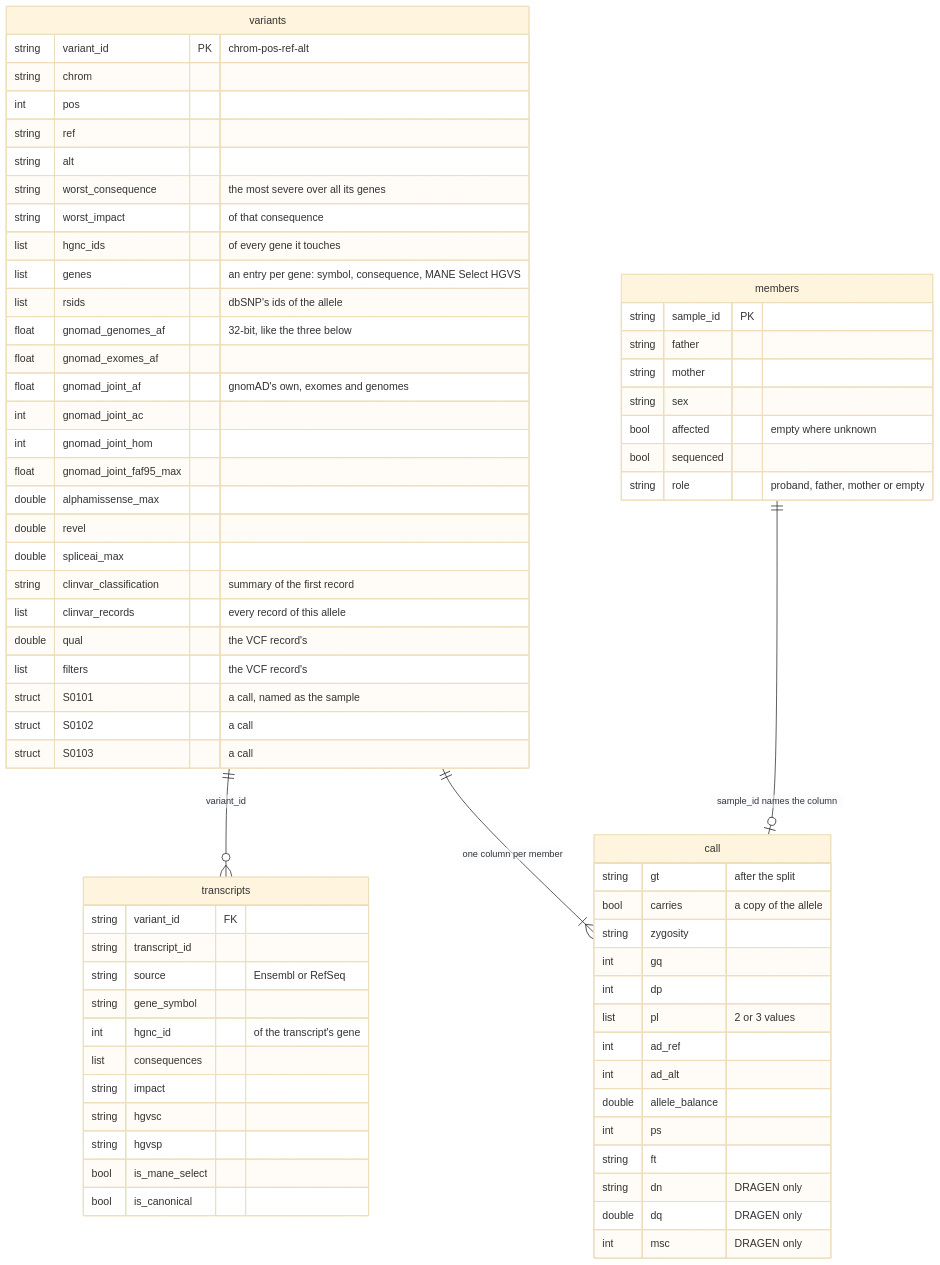
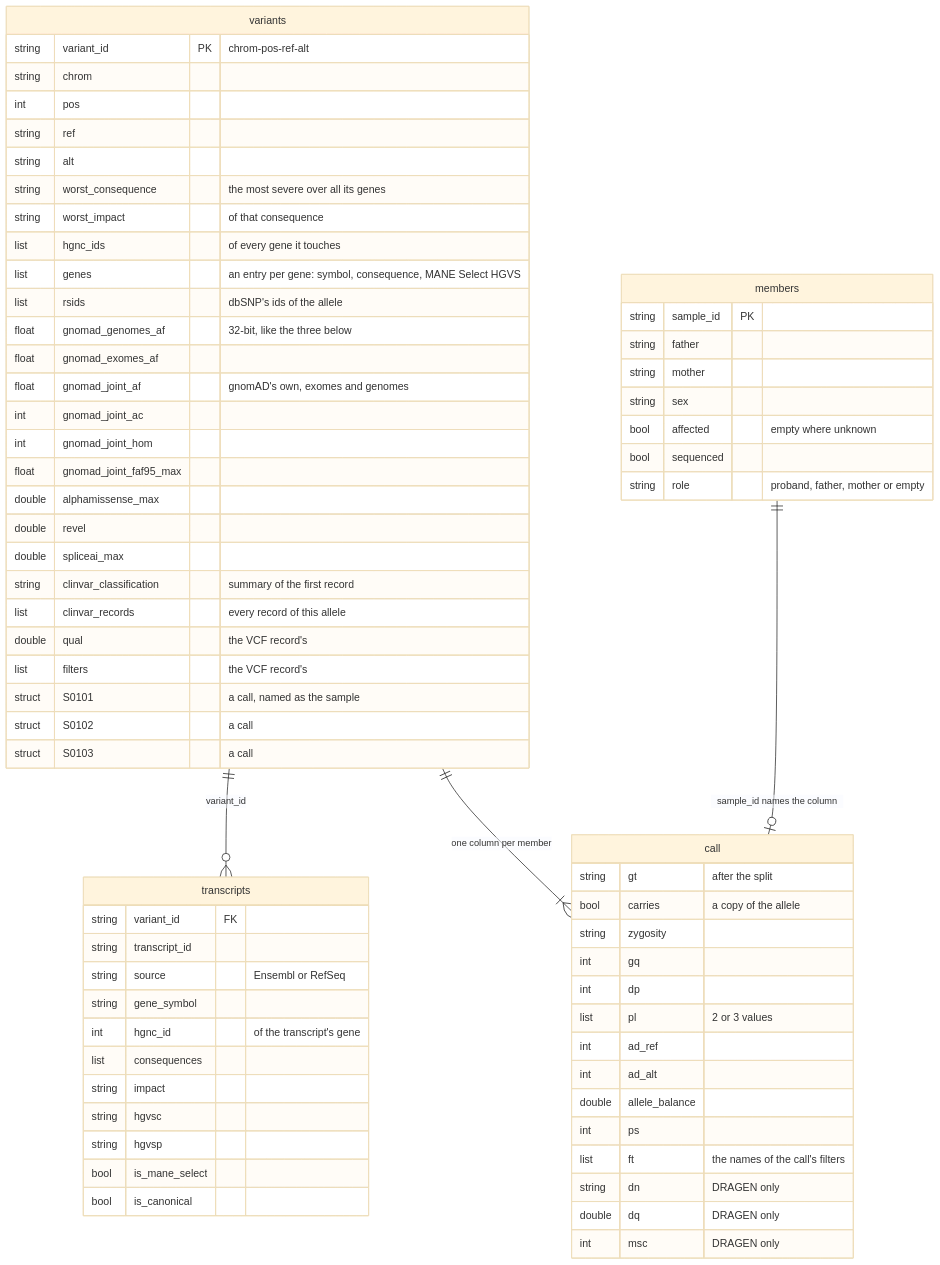
One commit to populationgenomics/case-annotation-pipeline changed the second of 4 diagrams in docs/family-tables.md. Above: the diagram before and after it, drawn with Mermaid (base theme). The commit also changed other lines of this file and 10 other files, not shown here.

````diff
--- a/docs/family-tables.md
+++ b/docs/family-tables.md
@@ -89,72 +89,72 @@
 ```mermaid
 erDiagram
     variants ||--o{ transcripts : "variant_id"
     variants ||--|{ call : "one column per member"
     members ||--o| call : "sample_id names the column"
     variants {
         string variant_id PK "chrom-pos-ref-alt"
         string chrom
         int pos
         string ref
         string alt
         string worst_consequence "the most severe over all its genes"
         string worst_impact "of that consequence"
         list hgnc_ids "of every gene it touches"
         list genes "an entry per gene: symbol, consequence, MANE Select HGVS"
         list rsids "dbSNP's ids of the allele"
         float gnomad_genomes_af "32-bit, like the three below"
         float gnomad_exomes_af
         float gnomad_joint_af "gnomAD's own, exomes and genomes"
         int gnomad_joint_ac
         int gnomad_joint_hom
         float gnomad_joint_faf95_max
         double alphamissense_max
         double revel
         double spliceai_max
         string clinvar_classification "summary of the first record"
         list clinvar_records "every record of this allele"
         double qual "the VCF record's"
         list filters "the VCF record's"
         struct S0101 "a call, named as the sample"
         struct S0102 "a call"
         struct S0103 "a call"
     }
     transcripts {
         string variant_id FK
         string transcript_id
         string source "Ensembl or RefSeq"
         string gene_symbol
         int hgnc_id "of the transcript's gene"
         list consequences
         string impact
         string hgvsc
         string hgvsp
         bool is_mane_select
         bool is_canonical
     }
     call {
         string gt "after the split"
         bool carries "a copy of the allele"
         string zygosity
         int gq
         int dp
         list pl "2 or 3 values"
         int ad_ref
         int ad_alt
         double allele_balance
         int ps
-        string ft
+        list ft "the names of the call's filters"
         string dn "DRAGEN only"
         double dq "DRAGEN only"
         int msc "DRAGEN only"
     }
     members {
         string sample_id PK
         string father
         string mother
         string sex
         bool affected "empty where unknown"
         bool sequenced
         string role "proband, father, mother or empty"
     }
 ```
````
